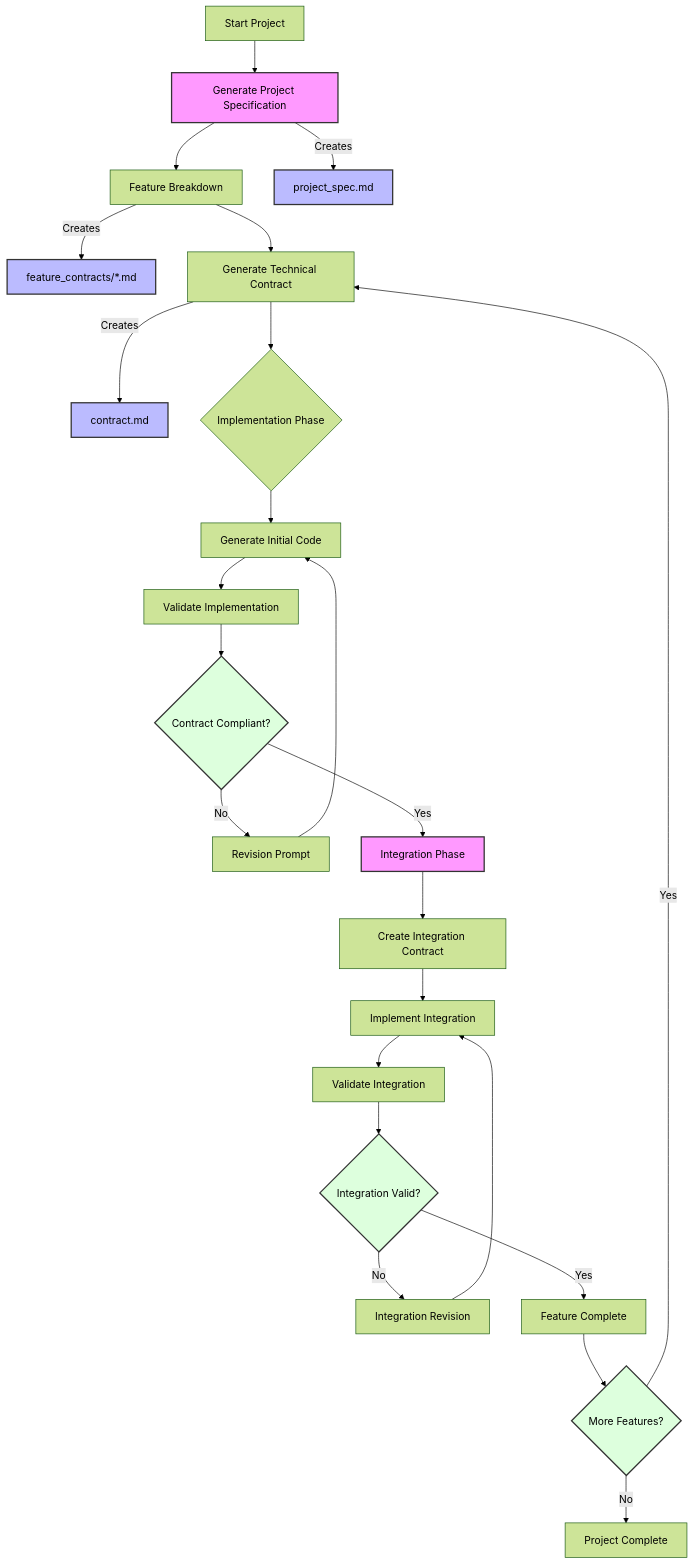
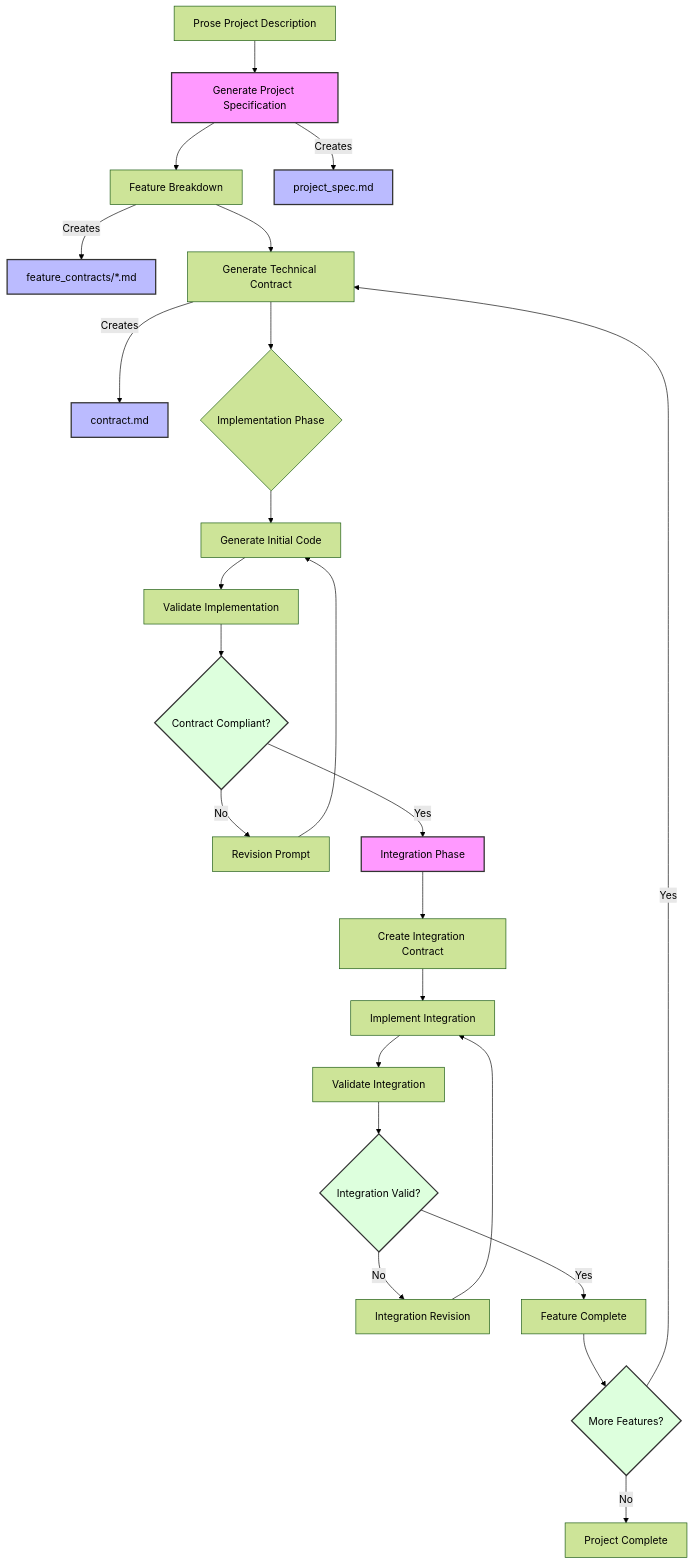
Before and after one commit to marwinsteiner/swe-with-llms: the diagram in README.md, drawn with Mermaid (forest theme).

````diff
--- a/README.md
+++ b/README.md
@@ -1,50 +1,50 @@
 ```mermaid
 graph TD
     %% Phase 1: Project Initialization
-    Start[Start Project] --> ProjectSpec[Generate Project Specification]
+    Start[Prose Project Description] --> ProjectSpec[Generate Project Specification]
     ProjectSpec --> FeatureBreakdown[Feature Breakdown]
     
     %% Documentation Creation
     ProjectSpec --> |Creates|DocProject[project_spec.md]
     FeatureBreakdown --> |Creates|DocFeatures[feature_contracts/*.md]
     
     %% Phase 2: Feature Implementation Loop
     FeatureBreakdown --> ContractGen[Generate Technical Contract]
     ContractGen --> |Creates|DocContract[contract.md]
     
     %% Implementation Subphase
     ContractGen --> ImplPhase{Implementation Phase}
     ImplPhase --> CodeGen[Generate Initial Code]
     CodeGen --> ValidateImpl[Validate Implementation]
     
     %% Validation Loop
     ValidateImpl --> ContractCheck{Contract Compliant?}
     ContractCheck --> |No|RevisionPrompt[Revision Prompt]
     RevisionPrompt --> CodeGen
     ContractCheck --> |Yes|IntegrationPhase[Integration Phase]
     
     %% Phase 3: Integration
     IntegrationPhase --> IntContract[Create Integration Contract]
     IntContract --> IntImplement[Implement Integration]
     IntImplement --> IntValidate[Validate Integration]
     
     %% Integration Validation Loop
     IntValidate --> IntCheck{Integration Valid?}
     IntCheck --> |No|IntRevision[Integration Revision]
     IntRevision --> IntImplement
     IntCheck --> |Yes|FeatureComplete[Feature Complete]
     
     %% Next Feature or Project Completion
     FeatureComplete --> NextFeature{More Features?}
     NextFeature --> |Yes|ContractGen
     NextFeature --> |No|ProjectComplete[Project Complete]
     
     %% Styling
     classDef phase fill:#f9f,stroke:#333,stroke-width:2px
     classDef doc fill:#bbf,stroke:#333,stroke-width:2px
     classDef decision fill:#dfd,stroke:#333,stroke-width:2px
     
     class ProjectSpec,IntegrationPhase phase
     class DocProject,DocFeatures,DocContract doc
     class ContractCheck,IntCheck,NextFeature decision
 ```
````
